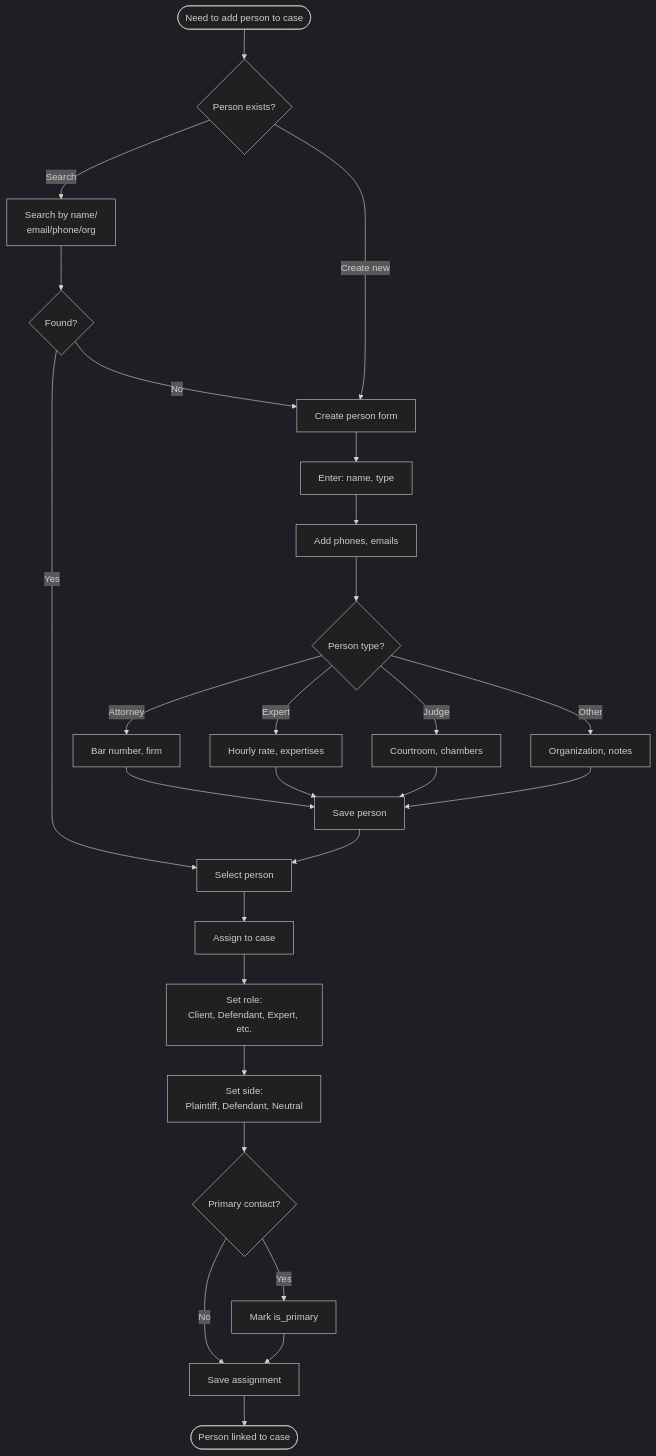
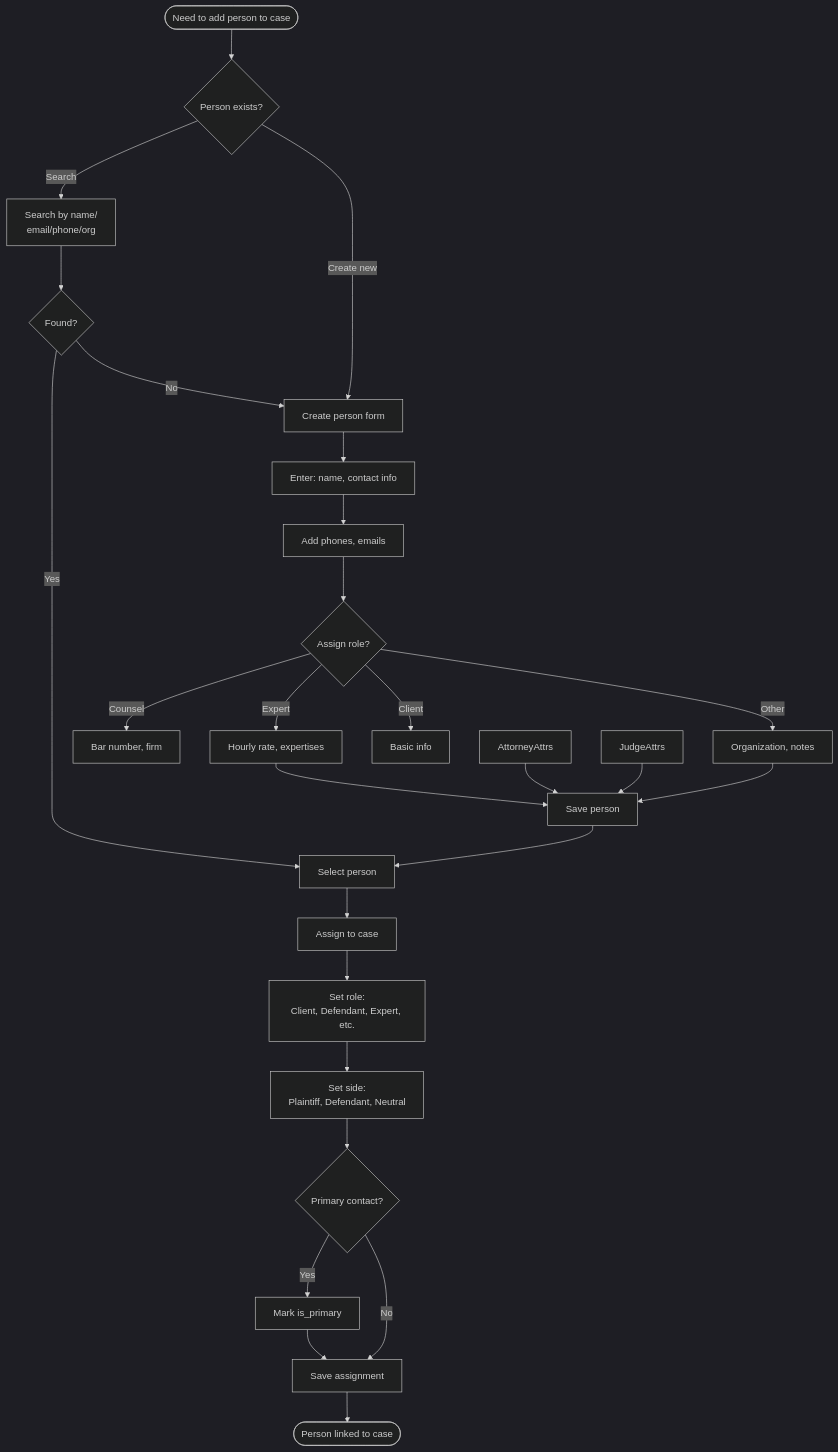
One commit to coopermayne/mcp-galipo changed the fifth of 9 diagrams in docs/FLOWS.md. Above: the diagram before and after it, drawn with Mermaid (dark theme). The commit also changed other lines of this file and 9 other files, not shown here.

````diff
--- a/docs/FLOWS.md
+++ b/docs/FLOWS.md
@@ -135,36 +135,36 @@
 ```mermaid
 flowchart TD
     Start([Need to add person to case]) --> Check{Person exists?}
 
     Check -->|Search| SearchPerson[Search by name/<br/>email/phone/org]
     SearchPerson --> Found{Found?}
     Found -->|Yes| SelectPerson[Select person]
     Found -->|No| CreateNew
 
     Check -->|Create new| CreateNew[Create person form]
-    CreateNew --> BasicInfo[Enter: name, type]
+    CreateNew --> BasicInfo[Enter: name, contact info]
     BasicInfo --> ContactInfo[Add phones, emails]
-    ContactInfo --> TypeSpecific{Person type?}
+    ContactInfo --> RoleSpecific{Assign role?}
 
-    TypeSpecific -->|Attorney| AttorneyAttrs[Bar number, firm]
-    TypeSpecific -->|Expert| ExpertAttrs[Hourly rate, expertises]
-    TypeSpecific -->|Judge| JudgeAttrs[Courtroom, chambers]
-    TypeSpecific -->|Other| GenericAttrs[Organization, notes]
+    RoleSpecific -->|Counsel| CounselAttrs[Bar number, firm]
+    RoleSpecific -->|Expert| ExpertAttrs[Hourly rate, expertises]
+    RoleSpecific -->|Client| ClientAttrs[Basic info]
+    RoleSpecific -->|Other| GenericAttrs[Organization, notes]
 
     AttorneyAttrs --> SavePerson
     ExpertAttrs --> SavePerson
     JudgeAttrs --> SavePerson
     GenericAttrs --> SavePerson[Save person]
 
     SavePerson --> SelectPerson
 
     SelectPerson --> AssignRole[Assign to case]
     AssignRole --> SetRole[Set role:<br/>Client, Defendant, Expert, etc.]
     SetRole --> SetSide[Set side:<br/>Plaintiff, Defendant, Neutral]
     SetSide --> Primary{Primary contact?}
     Primary -->|Yes| MarkPrimary[Mark is_primary]
     Primary -->|No| SaveAssignment
     MarkPrimary --> SaveAssignment[Save assignment]
 
     SaveAssignment --> Done([Person linked to case])
 ```
````
